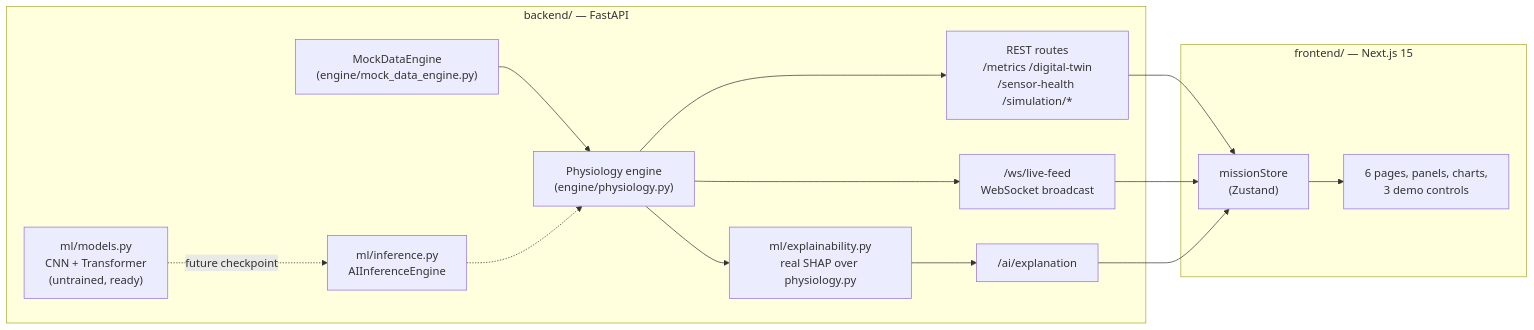
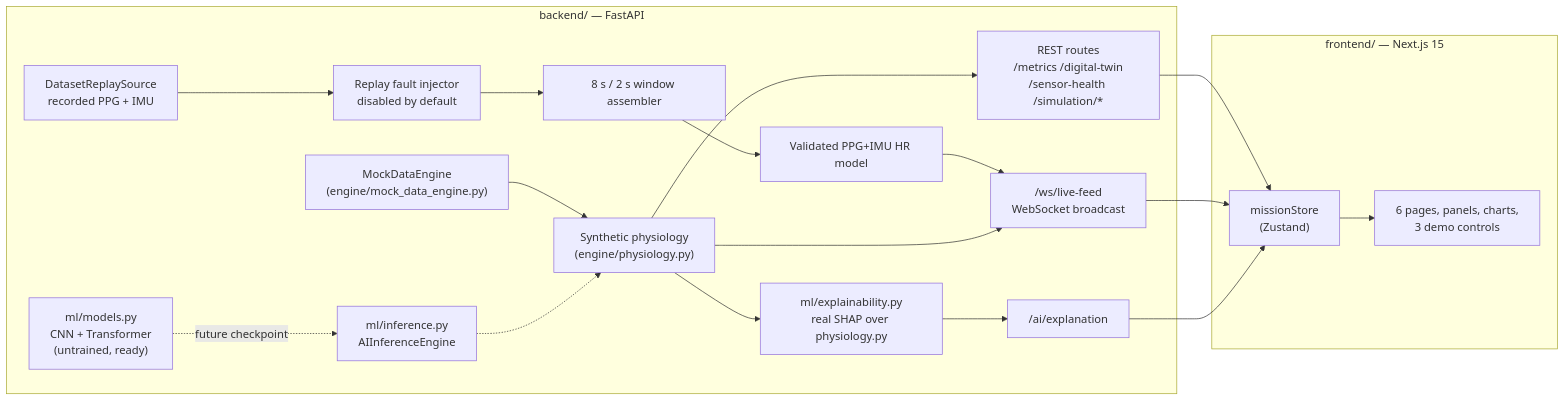
Before and after one commit to ProfIsmeet/biological-minimalism: the diagram in README.md, drawn with Mermaid. The commit also changed other lines of this file and 38 other files, not shown here.

Commit message:
Integrate real HR dashboard and replay fault injection

````diff
--- a/README.md
+++ b/README.md
@@ -105,18 +105,22 @@
 ```mermaid
 flowchart LR
     subgraph Backend["backend/ — FastAPI"]
-        ME["MockDataEngine\n(engine/mock_data_engine.py)"] --> PHY["Physiology engine\n(engine/physiology.py)"]
+        ME["MockDataEngine\n(engine/mock_data_engine.py)"] --> PHY["Synthetic physiology\n(engine/physiology.py)"]
+        REPLAY["DatasetReplaySource\nrecorded PPG + IMU"] --> FAULT["Replay fault injector\ndisabled by default"]
+        FAULT --> WIN["8 s / 2 s window assembler"]
+        WIN --> HR["Validated PPG+IMU HR model"]
+        HR --> WS
         PHY --> API["REST routes\n/metrics /digital-twin\n/sensor-health /simulation/*"]
         PHY --> WS["/ws/live-feed\nWebSocket broadcast"]
         PHY --> SHAP["ml/explainability.py\nreal SHAP over physiology.py"]
         SHAP --> EXP["/ai/explanation"]
         ML["ml/models.py\nCNN + Transformer\n(untrained, ready)"] -.future checkpoint.-> INF["ml/inference.py\nAIInferenceEngine"]
         INF -.-> PHY
     end
     subgraph Frontend["frontend/ — Next.js 15"]
         STORE["missionStore\n(Zustand)"] --> PAGES["6 pages, panels, charts,\n3 demo controls"]
     end
     API --> STORE
     WS --> STORE
     EXP --> STORE
 ```
````
